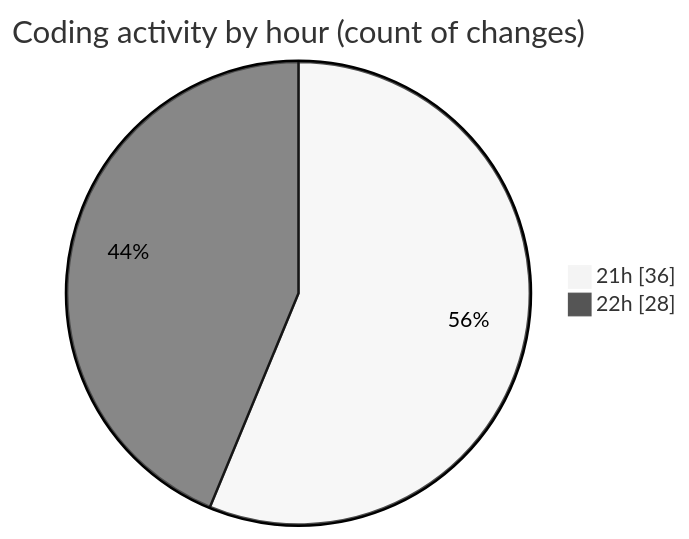
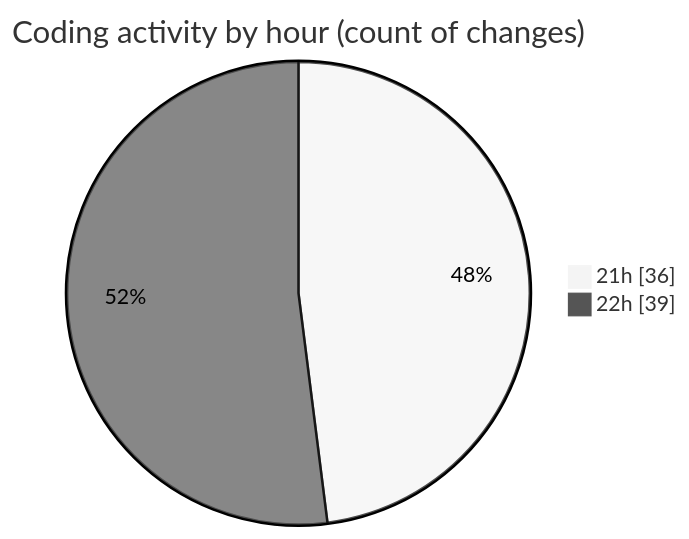
The second of 2 diagrams in 2025-03-10/termonied_testador/README.md (robertbonfada/code-tracking), drawn with Mermaid (neutral theme) before and after one commit. The commit also changed other lines of this file and 1 other file, not shown here.

````diff
--- a/2025-03-10/termonied_testador/README.md
+++ b/2025-03-10/termonied_testador/README.md
@@ -37,6 +37,6 @@
 ```mermaid
 pie showData
 title Coding activity by hour (count of changes)
 "21h" : 36
-"22h" : 28
+"22h" : 39
 ```
````
